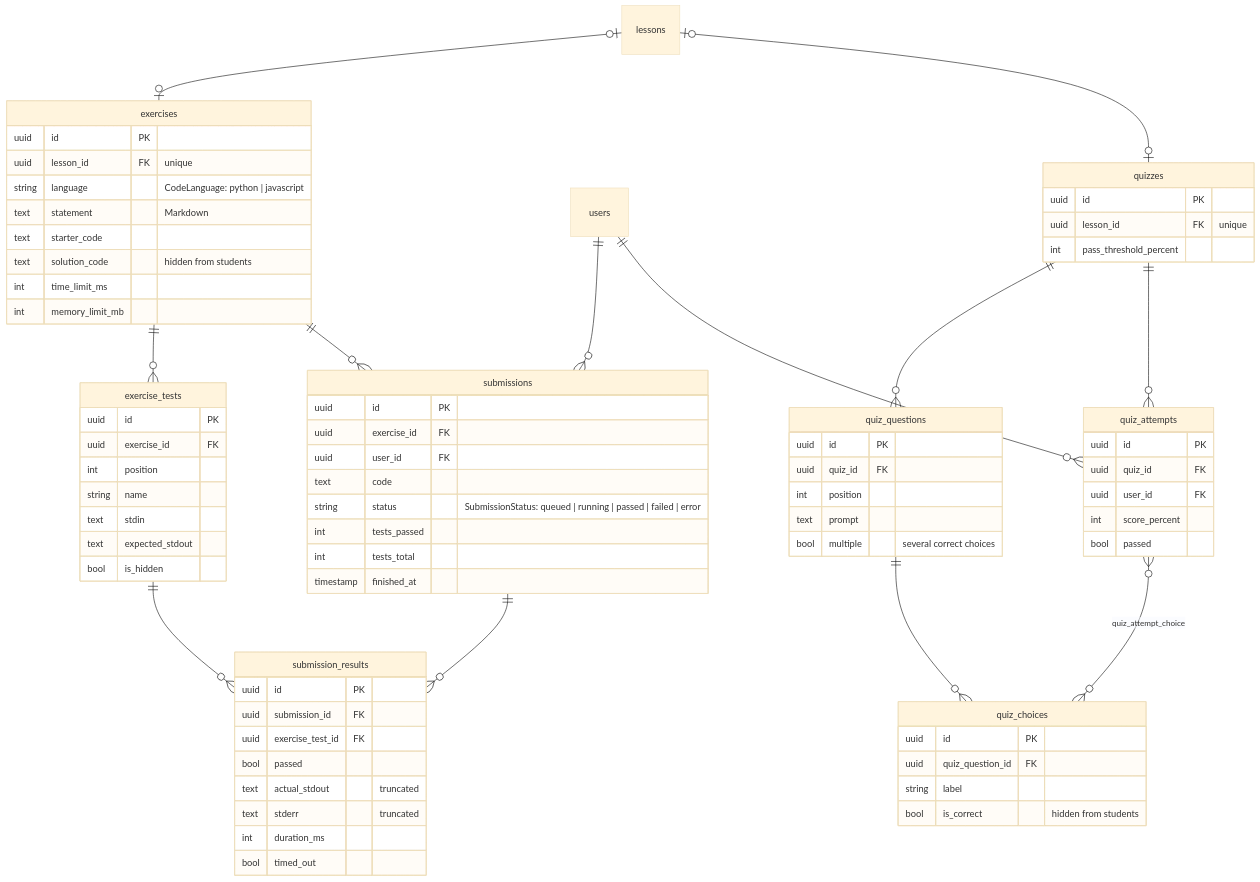
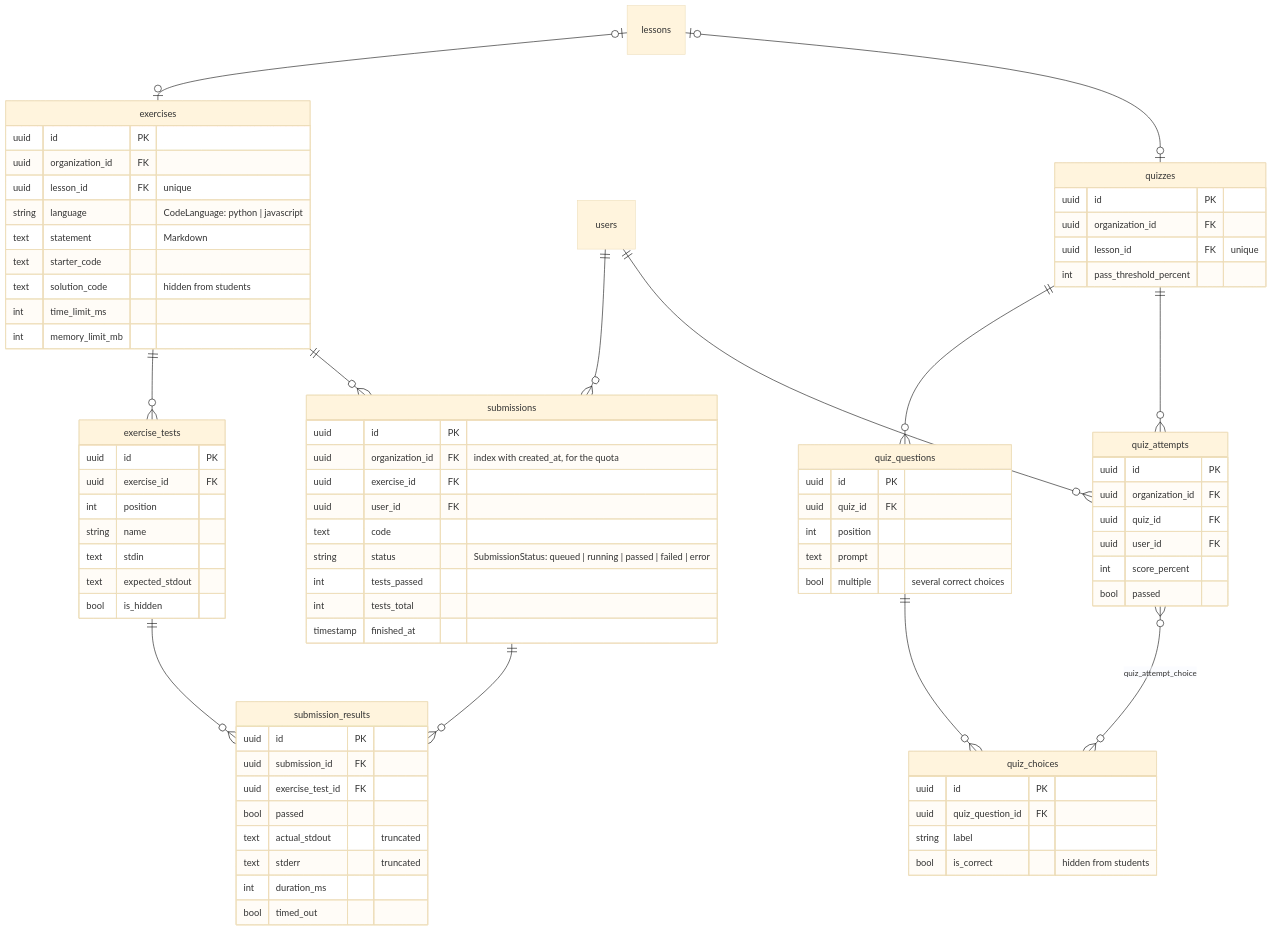
Before and after one commit to lucaszebre/ANNUALPROJECT-IWJ3: the fourth of 6 diagrams in docs/data-model.md, drawn with Mermaid (base theme). The commit also changed other lines of this file, not shown here.

```diff
--- a/docs/data-model.md
+++ b/docs/data-model.md
@@ -185,6 +191,7 @@
     quiz_attempts }o--o{ quiz_choices : "quiz_attempt_choice"
     exercises {
         uuid id PK
+        uuid organization_id FK
         uuid lesson_id FK "unique"
         string language "CodeLanguage: python | javascript"
         text statement "Markdown"
@@ -204,6 +211,7 @@
     }
     submissions {
         uuid id PK
+        uuid organization_id FK "index with created_at, for the quota"
         uuid exercise_id FK
         uuid user_id FK
         text code
@@ -224,6 +232,7 @@
     }
     quizzes {
         uuid id PK
+        uuid organization_id FK
         uuid lesson_id FK "unique"
         int pass_threshold_percent
     }
@@ -242,6 +251,7 @@
     }
     quiz_attempts {
         uuid id PK
+        uuid organization_id FK
         uuid quiz_id FK
         uuid user_id FK
         int score_percent
```
